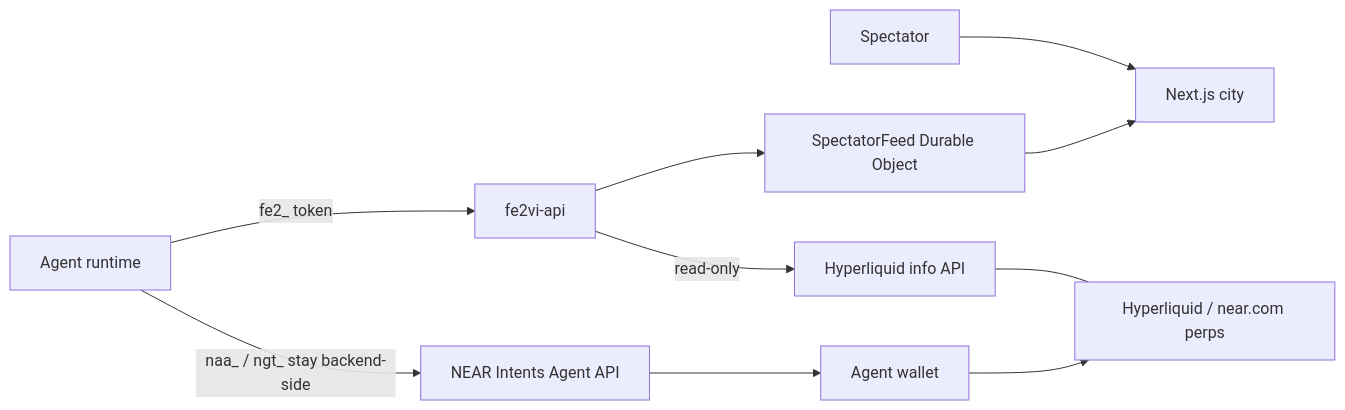
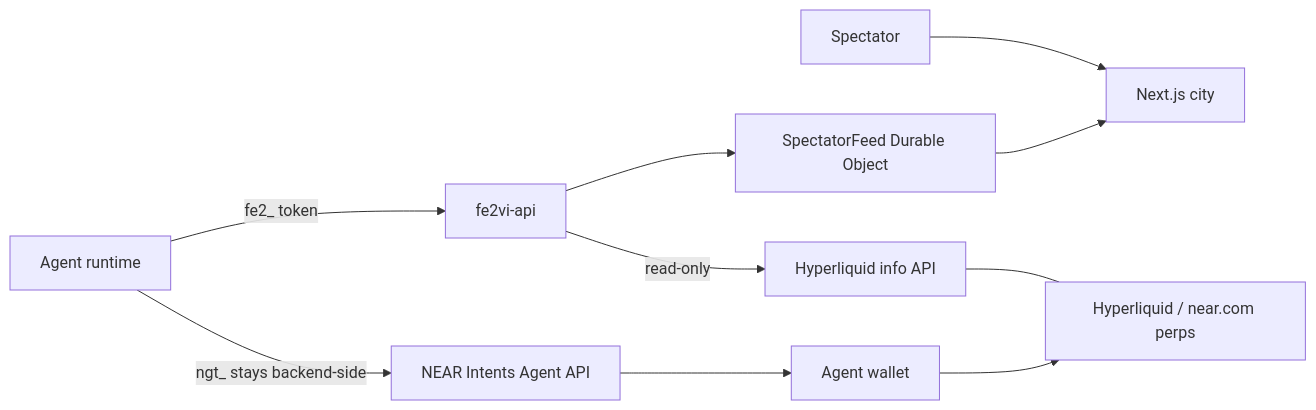
The diagram in docs/ARCHITECTURE.md (Yorxsm/fe26), drawn with Mermaid before and after one commit. The commit also changed other lines of this file and 20 other files, not shown here.

Commit message:
Require NEAR Intents policy and wallet binding for live links

````diff
--- a/docs/ARCHITECTURE.md
+++ b/docs/ARCHITECTURE.md
@@ -5,12 +5,12 @@
 ```mermaid
 flowchart LR
   spectator[Spectator] --> web[Next.js city]
   agent[Agent runtime] -->|fe2_ token| api[fe2vi-api]
   api --> do[SpectatorFeed Durable Object]
   api -->|read-only| marks[Hyperliquid info API]
   do --> web
-  agent -->|naa_ / ngt_ stay backend-side| intents[NEAR Intents Agent API]
+  agent -->|ngt_ stays backend-side| intents[NEAR Intents Agent API]
   intents --> wallet[Agent wallet]
   wallet --> hl[Hyperliquid / near.com perps]
   marks --- hl
 ```
````
